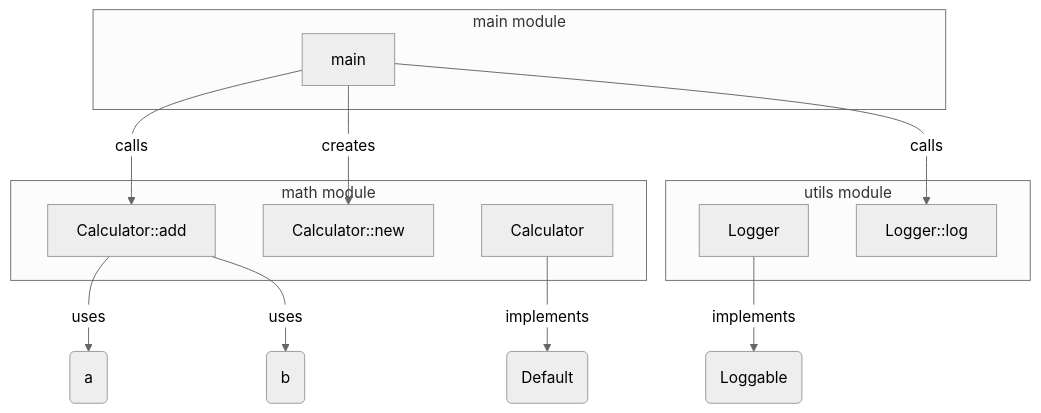
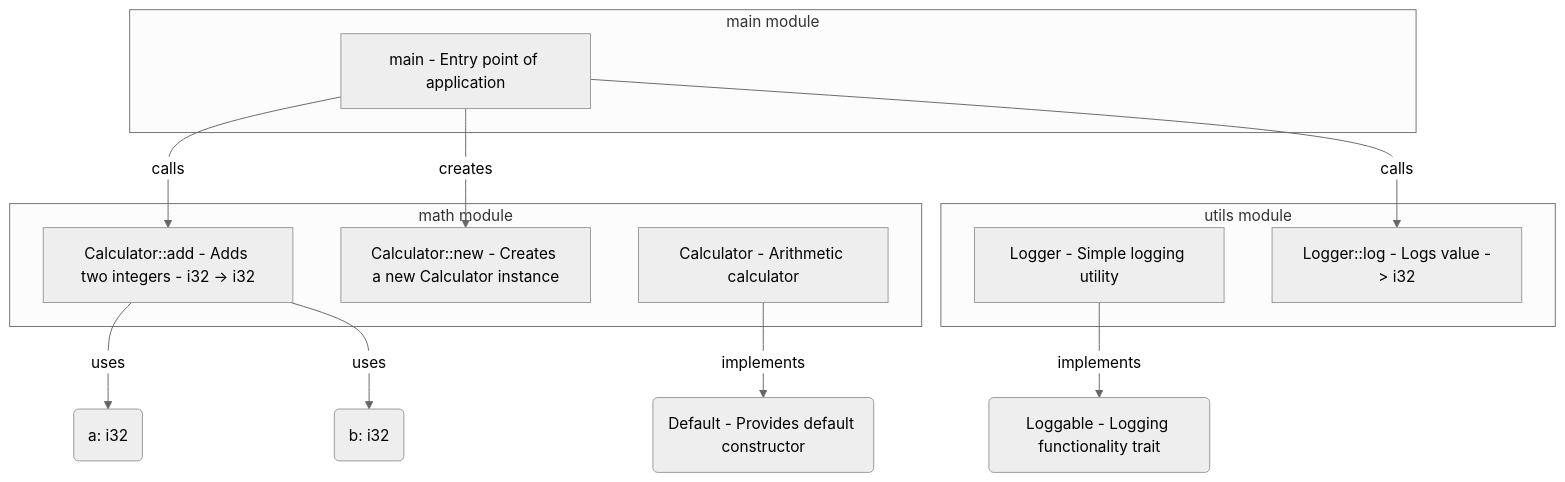
One commit to microscaler/tinkerbell changed the second of 2 diagrams in docs/adrs/0009-Code_Structure_Graph_and_Symbol_Analysis.md. Above: the diagram before and after it, drawn with Mermaid (neutral theme). The commit also changed other lines of this file and 1 other file, not shown here.

Commit message:
Code structure and graph

````diff
--- a/docs/adrs/0009-Code_Structure_Graph_and_Symbol_Analysis.md
+++ b/docs/adrs/0009-Code_Structure_Graph_and_Symbol_Analysis.md
@@ -158,25 +178,25 @@
 ```mermaid
 graph TD
   subgraph main module
-    main_fn[main]
+    main_fn[main - Entry point of application]
   end
 
   subgraph math module
-    calc_struct[Calculator]
-    calc_new[Calculator::new]
-    calc_add[Calculator::add]
+    calc_struct[Calculator - Arithmetic calculator]
+    calc_new[Calculator::new - Creates a new Calculator instance]
+    calc_add[Calculator::add - Adds two integers - i32 -> i32]
   end
 
   subgraph utils module
-    logger_struct[Logger]
-    logger_log[Logger::log]
+    logger_struct[Logger - Simple logging utility]
+    logger_log[Logger::log - Logs value -> i32]
   end
 
   main_fn -->|creates| calc_new
   main_fn -->|calls| calc_add
   main_fn -->|calls| logger_log
-  calc_struct -->|implements| Default_trait(Default)
-  logger_struct -->|implements| Loggable_trait(Loggable)
-  calc_add -->|uses| var_a(a)
-  calc_add -->|uses| var_b(b)
+  calc_struct -->|implements| Default_trait(Default - Provides default constructor)
+  logger_struct -->|implements| Loggable_trait(Loggable - Logging functionality trait)
+  calc_add -->|uses| var_a(a: i32)
+  calc_add -->|uses| var_b(b: i32)
 ```
````
